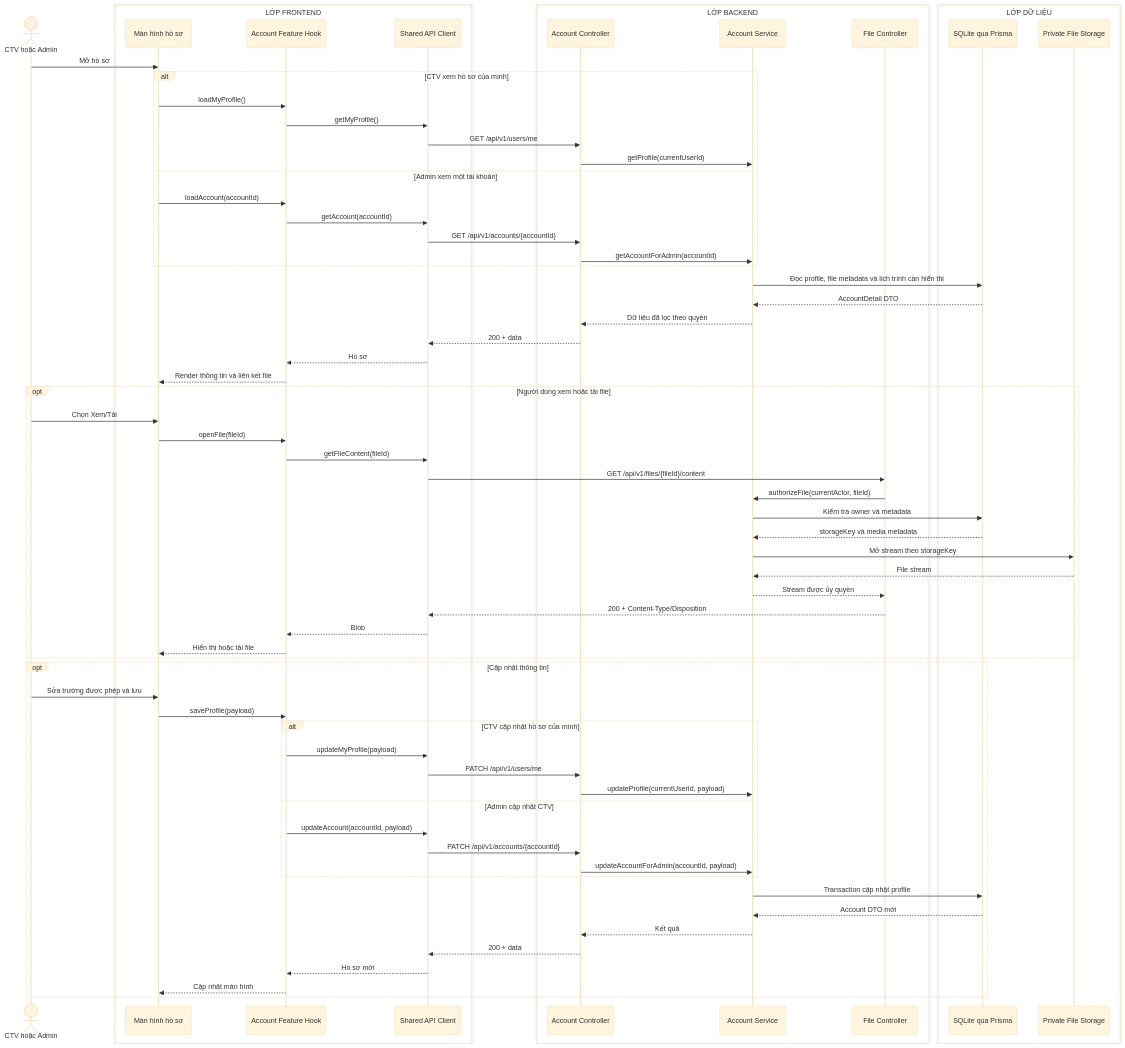
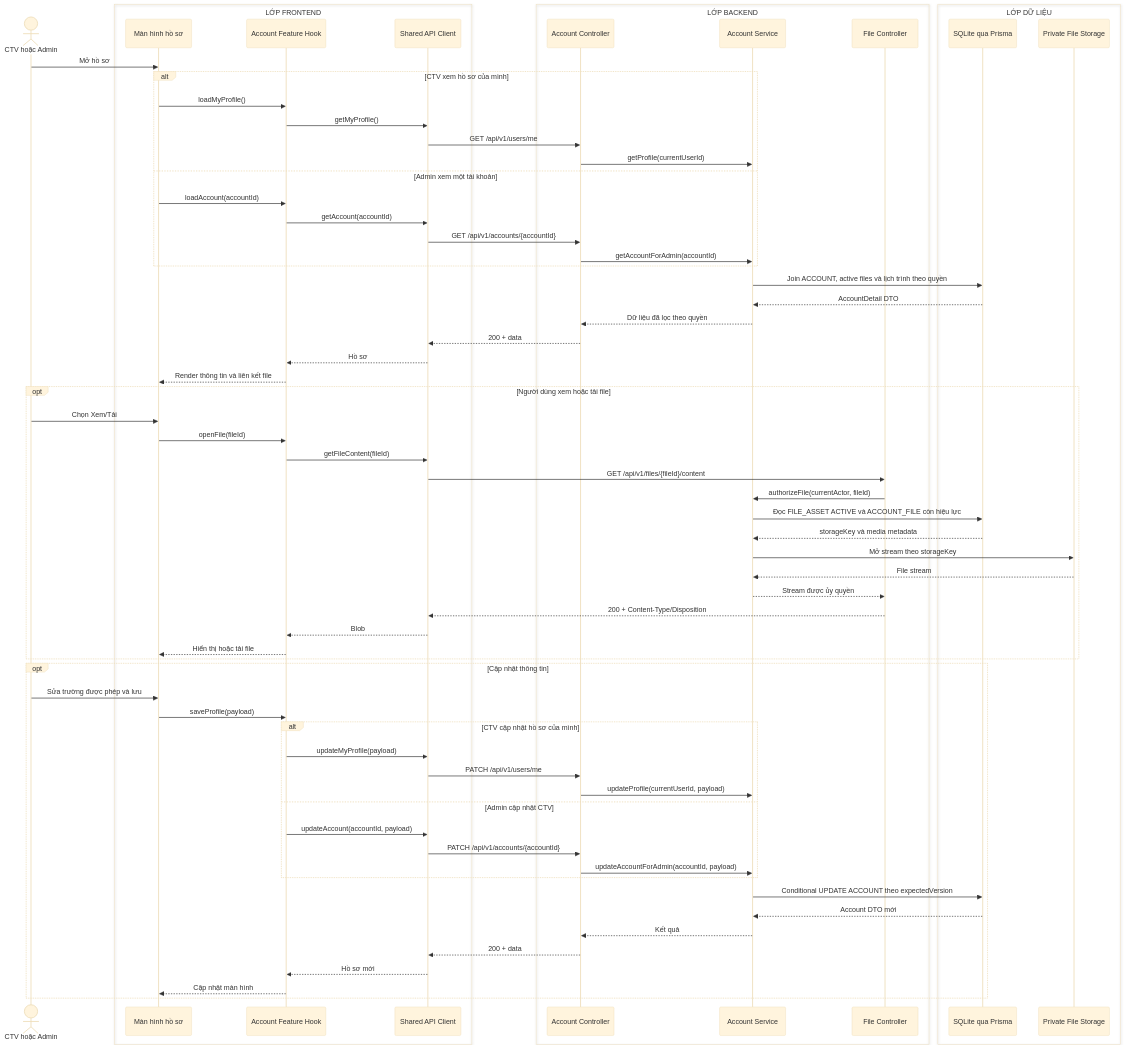
One commit to MINHDZVODICH/ctv-manage changed the diagram in docs/sequence-diagrams/10-xem-cap-nhat-ho-so.md. Above: the diagram before and after it, drawn with Mermaid (base theme). The commit also changed other lines of this file and 227 other files, not shown here.

````diff
--- a/docs/sequence-diagrams/10-xem-cap-nhat-ho-so.md
+++ b/docs/sequence-diagrams/10-xem-cap-nhat-ho-so.md
@@ -5,73 +5,73 @@
 ```mermaid
 sequenceDiagram
     actor U as CTV hoặc Admin
     box LỚP FRONTEND
         participant UI as Màn hình hồ sơ
         participant H as Account Feature Hook
         participant API as Shared API Client
     end
     box LỚP BACKEND
         participant C as Account Controller
         participant S as Account Service
         participant FC as File Controller
     end
     box LỚP DỮ LIỆU
         participant DB as SQLite qua Prisma
         participant FS as Private File Storage
     end
 
     U->>UI: Mở hồ sơ
     alt CTV xem hồ sơ của mình
         UI->>H: loadMyProfile()
         H->>API: getMyProfile()
         API->>C: GET /api/v1/users/me
         C->>S: getProfile(currentUserId)
     else Admin xem một tài khoản
         UI->>H: loadAccount(accountId)
         H->>API: getAccount(accountId)
         API->>C: GET /api/v1/accounts/{accountId}
         C->>S: getAccountForAdmin(accountId)
     end
-    S->>DB: Đọc profile, file metadata và lịch trình cần hiển thị
+    S->>DB: Join ACCOUNT, active files và lịch trình theo quyền
     DB-->>S: AccountDetail DTO
     S-->>C: Dữ liệu đã lọc theo quyền
     C-->>API: 200 + data
     API-->>H: Hồ sơ
     H-->>UI: Render thông tin và liên kết file
 
     opt Người dùng xem hoặc tải file
         U->>UI: Chọn Xem/Tải
         UI->>H: openFile(fileId)
         H->>API: getFileContent(fileId)
         API->>FC: GET /api/v1/files/{fileId}/content
         FC->>S: authorizeFile(currentActor, fileId)
-        S->>DB: Kiểm tra owner và metadata
+        S->>DB: Đọc FILE_ASSET ACTIVE và ACCOUNT_FILE còn hiệu lực
         DB-->>S: storageKey và media metadata
         S->>FS: Mở stream theo storageKey
         FS-->>S: File stream
         S-->>FC: Stream được ủy quyền
         FC-->>API: 200 + Content-Type/Disposition
         API-->>H: Blob
         H-->>UI: Hiển thị hoặc tải file
     end
 
     opt Cập nhật thông tin
         U->>UI: Sửa trường được phép và lưu
         UI->>H: saveProfile(payload)
         alt CTV cập nhật hồ sơ của mình
             H->>API: updateMyProfile(payload)
             API->>C: PATCH /api/v1/users/me
             C->>S: updateProfile(currentUserId, payload)
         else Admin cập nhật CTV
             H->>API: updateAccount(accountId, payload)
             API->>C: PATCH /api/v1/accounts/{accountId}
             C->>S: updateAccountForAdmin(accountId, payload)
         end
-        S->>DB: Transaction cập nhật profile
+        S->>DB: Conditional UPDATE ACCOUNT theo expectedVersion
         DB-->>S: Account DTO mới
         S-->>C: Kết quả
         C-->>API: 200 + data
         API-->>H: Hồ sơ mới
         H-->>UI: Cập nhật màn hình
     end
 ```
````
